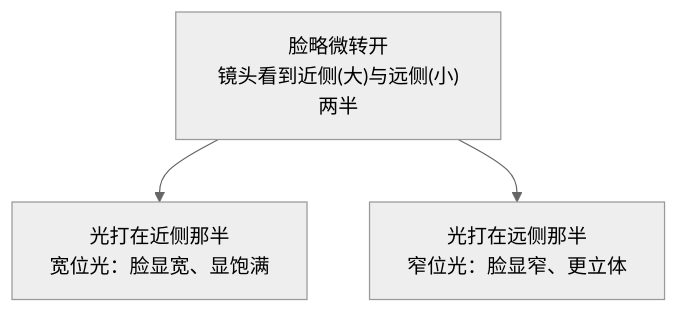
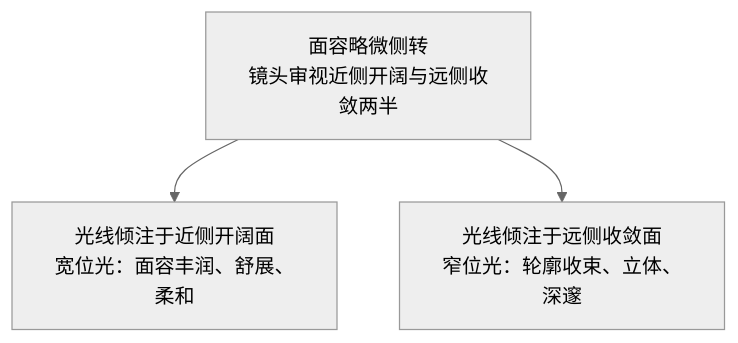
One commit to yingwang/photography-book changed the diagram in docs/07-portrait.md. Above: the diagram before and after it, drawn with Mermaid (neutral theme). The commit also changed other lines of this file, not shown here.

````diff
--- a/docs/07-portrait.md
+++ b/docs/07-portrait.md
@@ -60,6 +66,6 @@
 ```mermaid
 graph TD
-    A["脸略微转开<br/>镜头看到近侧(大)与远侧(小)两半"]
-    A --> B["光打在近侧那半<br/>宽位光：脸显宽、显饱满"]
-    A --> C["光打在远侧那半<br/>窄位光：脸显窄、更立体"]
+    A["面容略微侧转<br/>镜头审视近侧开阔与远侧收敛两半"]
+    A --> B["光线倾注于近侧开阔面<br/>宽位光：面容丰润、舒展、柔和"]
+    A --> C["光线倾注于远侧收敛面<br/>窄位光：轮廓收束、立体、深邃"]
 ```
````
